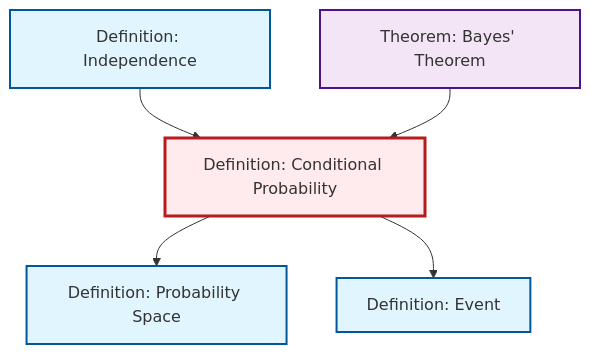
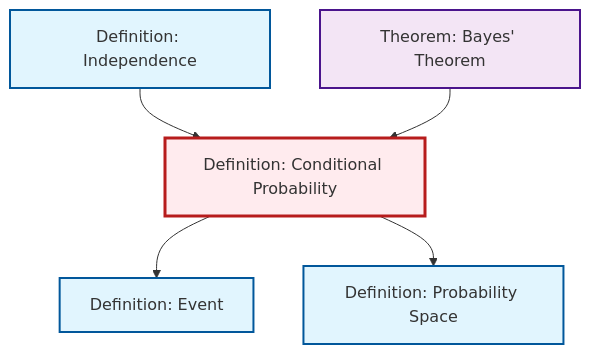
The diagram in content/en/probability-statistics/def-conditional-probability.qmd (RK0429/ModernMath), drawn with Mermaid before and after one commit. The commit also changed other lines of this file and 328 other files, not shown here.

````diff
--- a/content/en/probability-statistics/def-conditional-probability.qmd
+++ b/content/en/probability-statistics/def-conditional-probability.qmd
@@ -69,23 +69,23 @@
 ```{mermaid}
 %%| fig-cap: "Local dependency graph"
 graph TD
     classDef definition fill:#e1f5fe,stroke:#01579b,stroke-width:2px
     classDef theorem fill:#f3e5f5,stroke:#4a148c,stroke-width:2px
     classDef axiom fill:#fff3e0,stroke:#e65100,stroke-width:2px
     classDef example fill:#e8f5e9,stroke:#1b5e20,stroke-width:2px
     classDef current fill:#ffebee,stroke:#b71c1c,stroke-width:3px
+    def-independence["Definition: Independence"]:::definition
     thm-bayes["Theorem: Bayes' Theorem"]:::theorem
     def-probability-space["Definition: Probability Space"]:::definition
-    def-independence["Definition: Independence"]:::definition
+    def-conditional-probability["Definition: Conditional Probability"]:::definition
     def-event["Definition: Event"]:::definition
-    def-conditional-probability["Definition: Conditional Probability"]:::definition
+    def-independence --> def-conditional-probability
+    thm-bayes --> def-conditional-probability
+    def-conditional-probability --> def-event
     def-conditional-probability --> def-probability-space
-    def-independence --> def-conditional-probability
-    def-conditional-probability --> def-event
-    thm-bayes --> def-conditional-probability
     class def-conditional-probability current
+    click def-independence "def-independence.html" "Go to Independence definition"
     click thm-bayes "thm-bayes.html" "Go to Bayes' Theorem theorem"
     click def-probability-space "def-probability-space.html" "Go to Probability Space definition"
-    click def-independence "def-independence.html" "Go to Independence definition"
     click def-event "def-event.html" "Go to Event definition"
 ```
````
